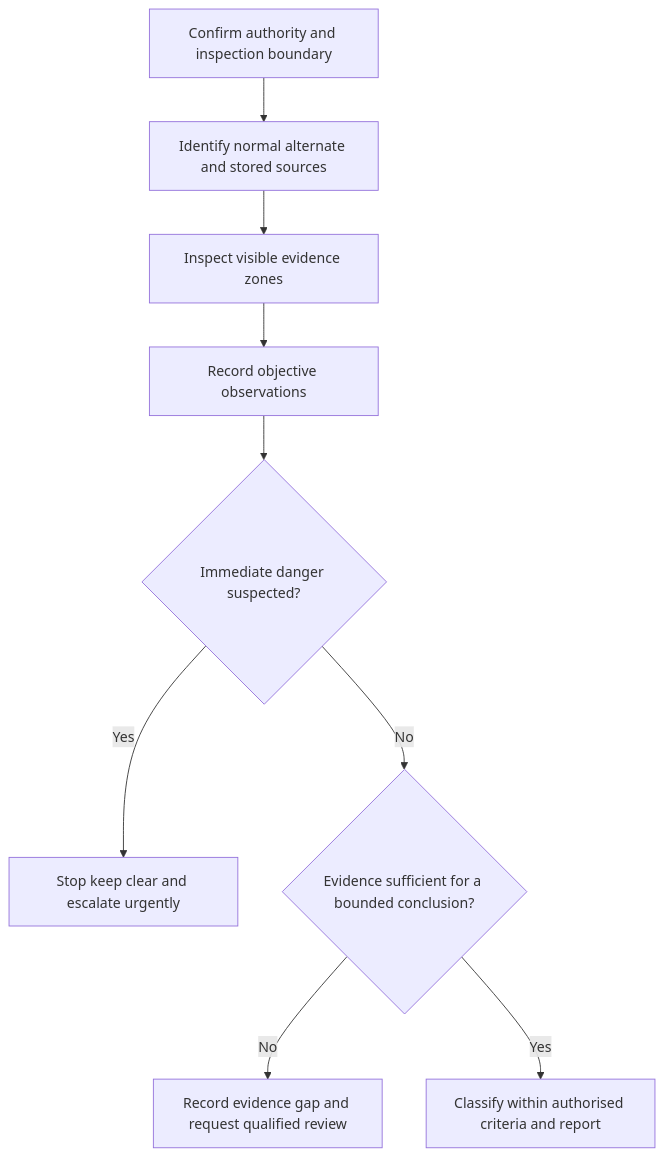
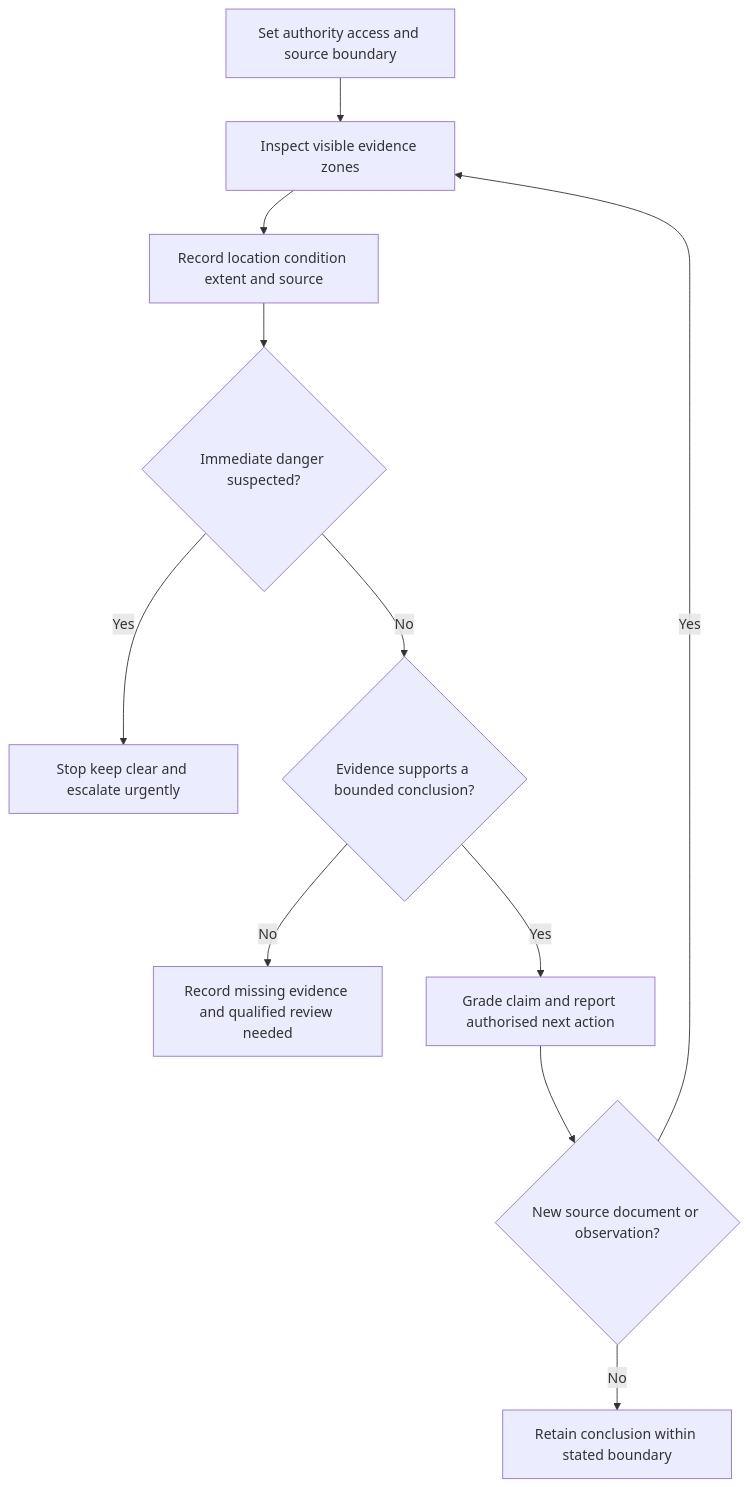
Before and after one commit to andrew3stedall/capstone: the first of 2 diagrams in docs/learning-plans/4-week/modules/day-13c-switchboard-defect-inspection.md, drawn with Mermaid. The commit also changed other lines of this file, not shown here.

Commit message:
Improve Day 13C switchboard defect inspection module

````diff
--- a/docs/learning-plans/4-week/modules/day-13c-switchboard-defect-inspection.md
+++ b/docs/learning-plans/4-week/modules/day-13c-switchboard-defect-inspection.md
@@ -114,11 +134,13 @@
 ```mermaid
 flowchart TD
-    A["Confirm authority and inspection boundary"] --> B["Identify normal alternate and stored sources"]
-    B --> C["Inspect visible evidence zones"]
-    C --> D["Record objective observations"]
-    D --> E{"Immediate danger suspected?"}
-    E -->|"Yes"| F["Stop keep clear and escalate urgently"]
-    E -->|"No"| G{"Evidence sufficient for a bounded conclusion?"}
-    G -->|"No"| H["Record evidence gap and request qualified review"]
-    G -->|"Yes"| I["Classify within authorised criteria and report"]
+    A["Set authority access and source boundary"] --> B["Inspect visible evidence zones"]
+    B --> C["Record location condition extent and source"]
+    C --> D{"Immediate danger suspected?"}
+    D -->|"Yes"| E["Stop keep clear and escalate urgently"]
+    D -->|"No"| F{"Evidence supports a bounded conclusion?"}
+    F -->|"No"| G["Record missing evidence and qualified review needed"]
+    F -->|"Yes"| H["Grade claim and report authorised next action"]
+    H --> I{"New source document or observation?"}
+    I -->|"Yes"| B
+    I -->|"No"| J["Retain conclusion within stated boundary"]
 ```
````
